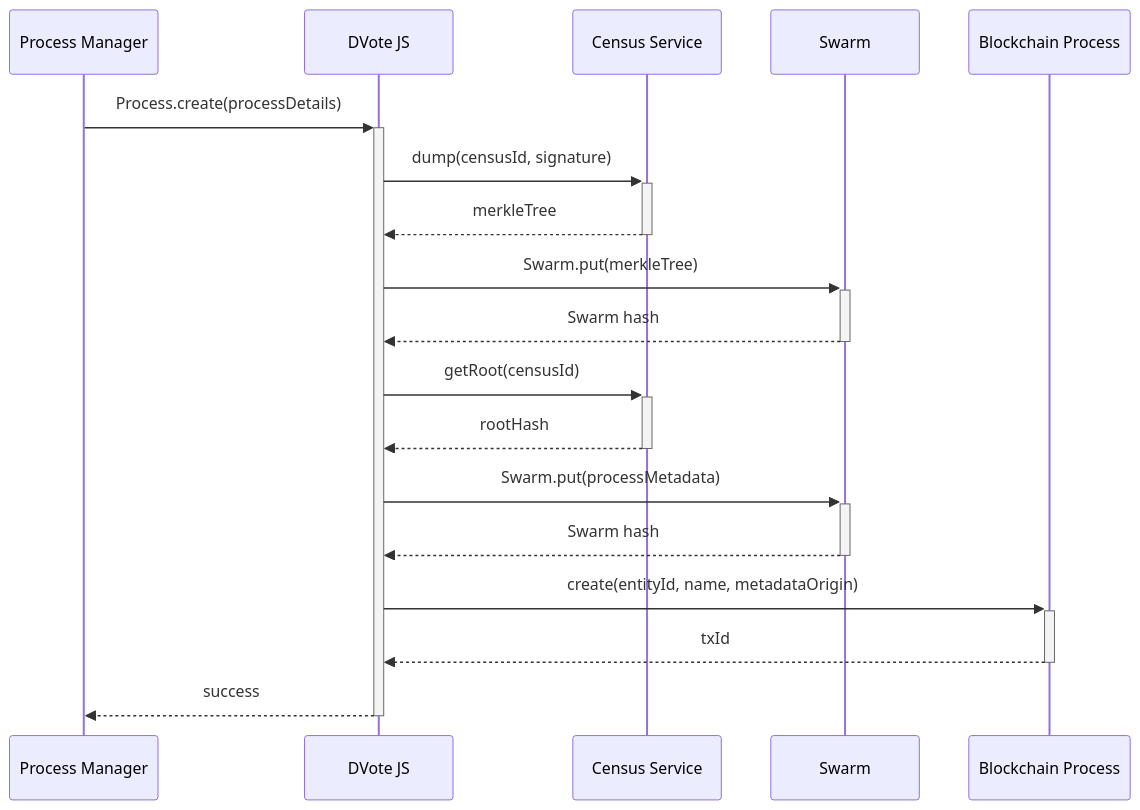
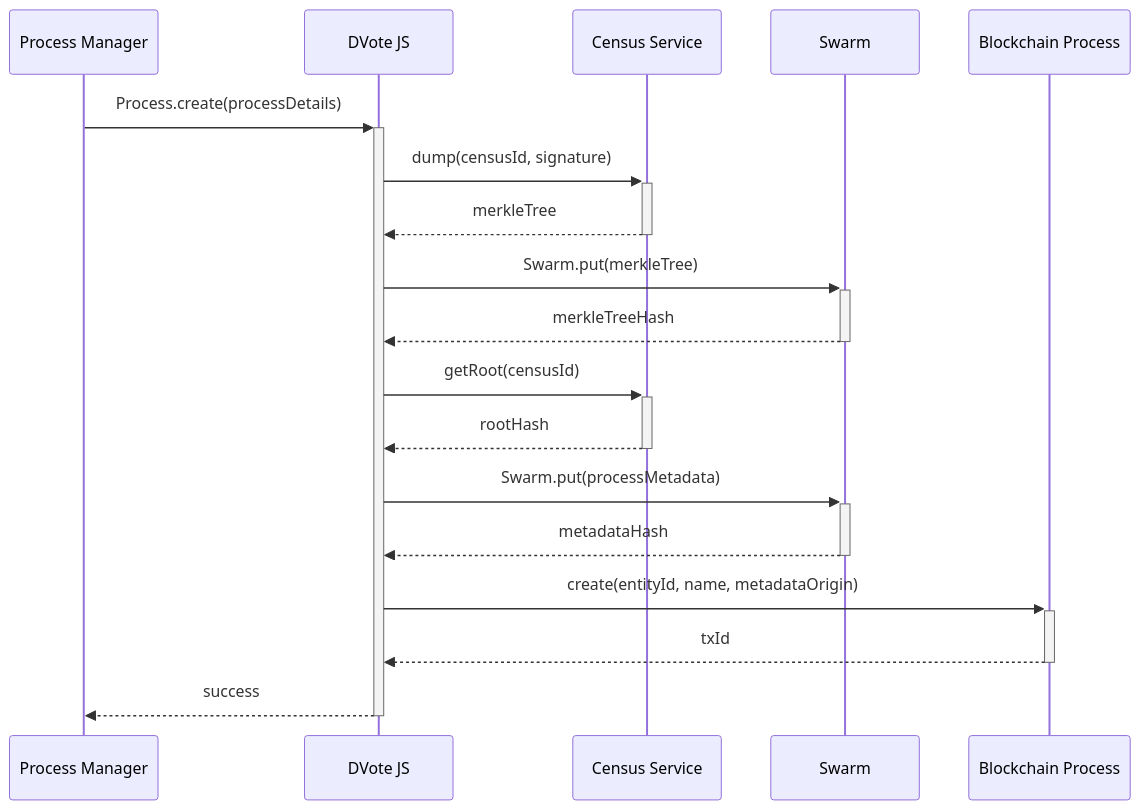
The seventh of 9 diagrams in docs/protocol/sequence-diagrams.md (vocdoni/docs), drawn with Mermaid before and after one commit. The commit also changed other lines of this file and 2 other files, not shown here.

````diff
--- a/docs/protocol/sequence-diagrams.md
+++ b/docs/protocol/sequence-diagrams.md
@@ -176,28 +178,28 @@
 ```mermaid
 sequenceDiagram
     participant PM as Process Manager
     participant DV as DVote JS
     participant CS as Census Service
     participant SW as Swarm
     participant BC as Blockchain Process
 
     PM->>+DV: Process.create(processDetails)
 
         DV->>+CS: dump(censusId, signature)
         CS-->>-DV: merkleTree
 
         DV->>+SW: Swarm.put(merkleTree)
-        SW-->>-DV: Swarm hash
+        SW-->>-DV: merkleTreeHash
 
         DV->>+CS: getRoot(censusId)
         CS-->>-DV: rootHash
 
         DV->>+SW: Swarm.put(processMetadata)
-        SW-->>-DV: Swarm hash
+        SW-->>-DV: metadataHash
 
         DV->>+BC: create(entityId, name, metadataOrigin)
         BC-->>-DV: txId
 
     DV-->>-PM: success
 
 ```
````
